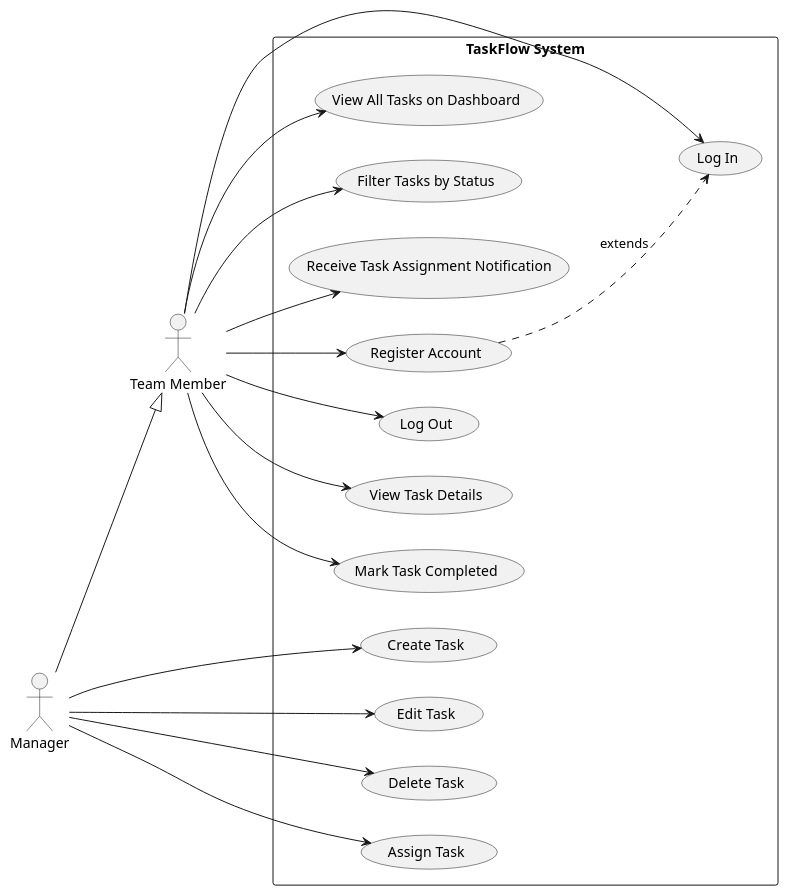
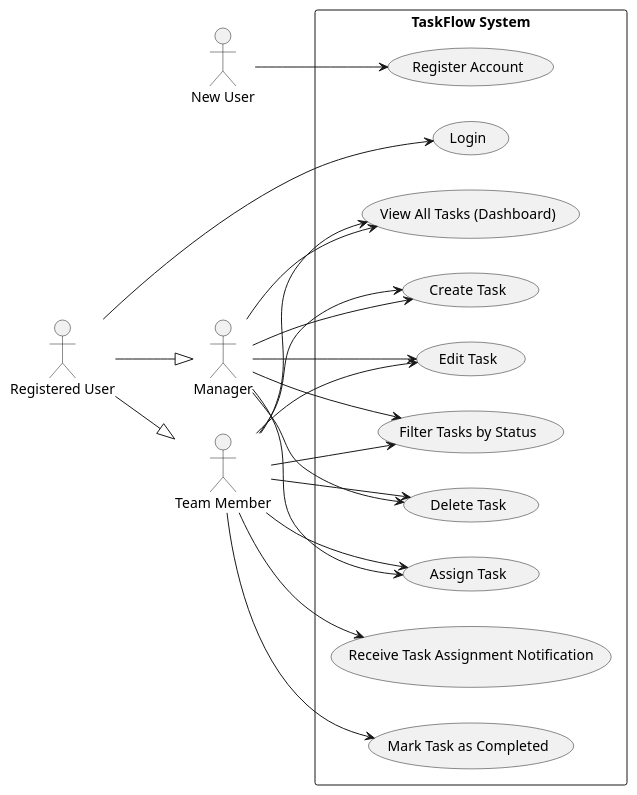
Before and after one commit to Chaman532003/framework: the diagram in artifacts/spec/spec.md, drawn with PlantUML. The commit also changed other lines of this file, not shown here.

````diff
--- a/artifacts/spec/spec.md
+++ b/artifacts/spec/spec.md
@@ -228,42 +179,45 @@
 ```plantuml
 @startuml
 left to right direction
 
+actor "New User" as NewUser
+actor "Registered User" as RegUser
 actor "Team Member" as TM
-actor "Manager" as M
+actor "Manager" as Mgr
 
 rectangle "TaskFlow System" {
-    usecase "Register Account" as UC1.01
-    usecase "Log In" as UC1.02
-    usecase "Log Out" as UC1.03
-    usecase "Create Task" as UC2.01
-    usecase "View Task Details" as UC2.02
-    usecase "Edit Task" as UC2.03
-    usecase "Mark Task Completed" as UC2.04
-    usecase "Delete Task" as UC2.05
-    usecase "Assign Task" as UC3.01
-    usecase "View All Tasks on Dashboard" as UC4.01
-    usecase "Filter Tasks by Status" as UC4.02
-    usecase "Receive Task Assignment Notification" as UC5.01
+    usecase "Register Account" as UC1
+    usecase "Login" as UC2
+    usecase "Create Task" as UC3
+    usecase "Assign Task" as UC4
+    usecase "Edit Task" as UC5
+    usecase "Mark Task as Completed" as UC6
+    usecase "Delete Task" as UC7
+    usecase "View All Tasks (Dashboard)" as UC8
+    usecase "Filter Tasks by Status" as UC9
+    usecase "Receive Task Assignment Notification" as UC10
 }
 
-M --|> TM
+NewUser --> UC1
+RegUser --> UC2
+RegUser --|> TM
+RegUser --|> Mgr
 
-TM --> UC1.01
-TM --> UC1.02
-TM --> UC1.03
-TM --> UC2.02
-TM --> UC2.04
-TM --> UC4.01
-TM --> UC4.02
-TM --> UC5.01
+TM --> UC3
+TM --> UC4
+TM --> UC5
+TM --> UC6
+TM --> UC7
+TM --> UC8
+TM --> UC9
+TM --> UC10
 
-M --> UC2.01
-M --> UC2.03
-M --> UC2.05
-M --> UC3.01
-
-UC1.01 ..> UC1.02 : extends
+Mgr --> UC3
+Mgr --> UC4
+Mgr --> UC5
+Mgr --> UC7
+Mgr --> UC8
+Mgr --> UC9
 
 @enduml
 ```
````
